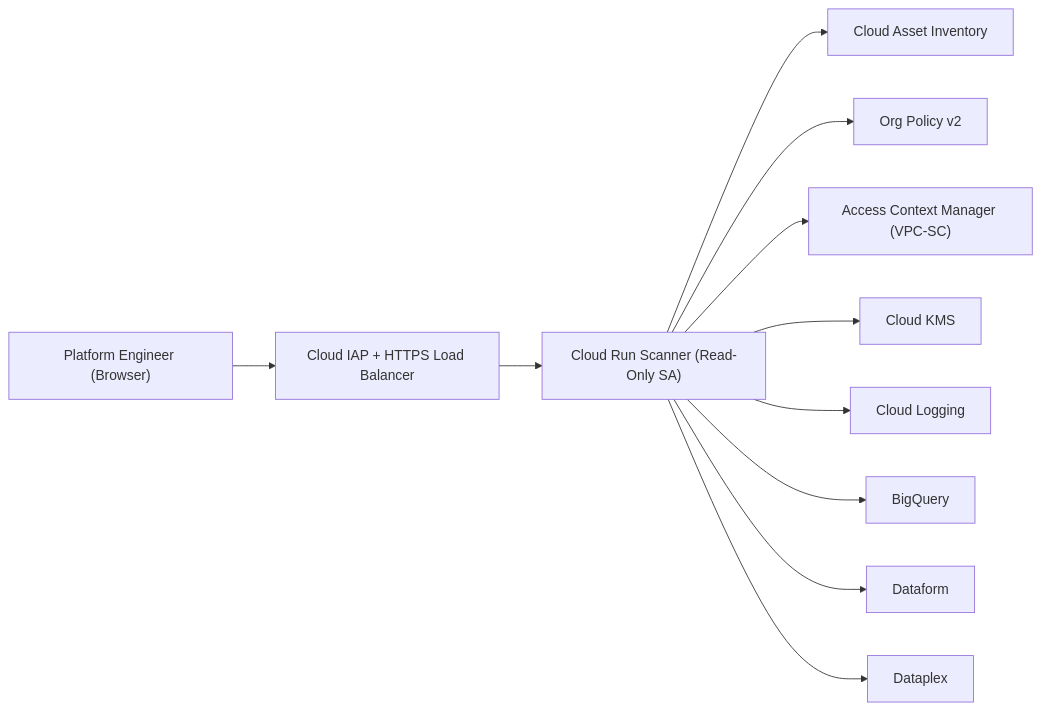
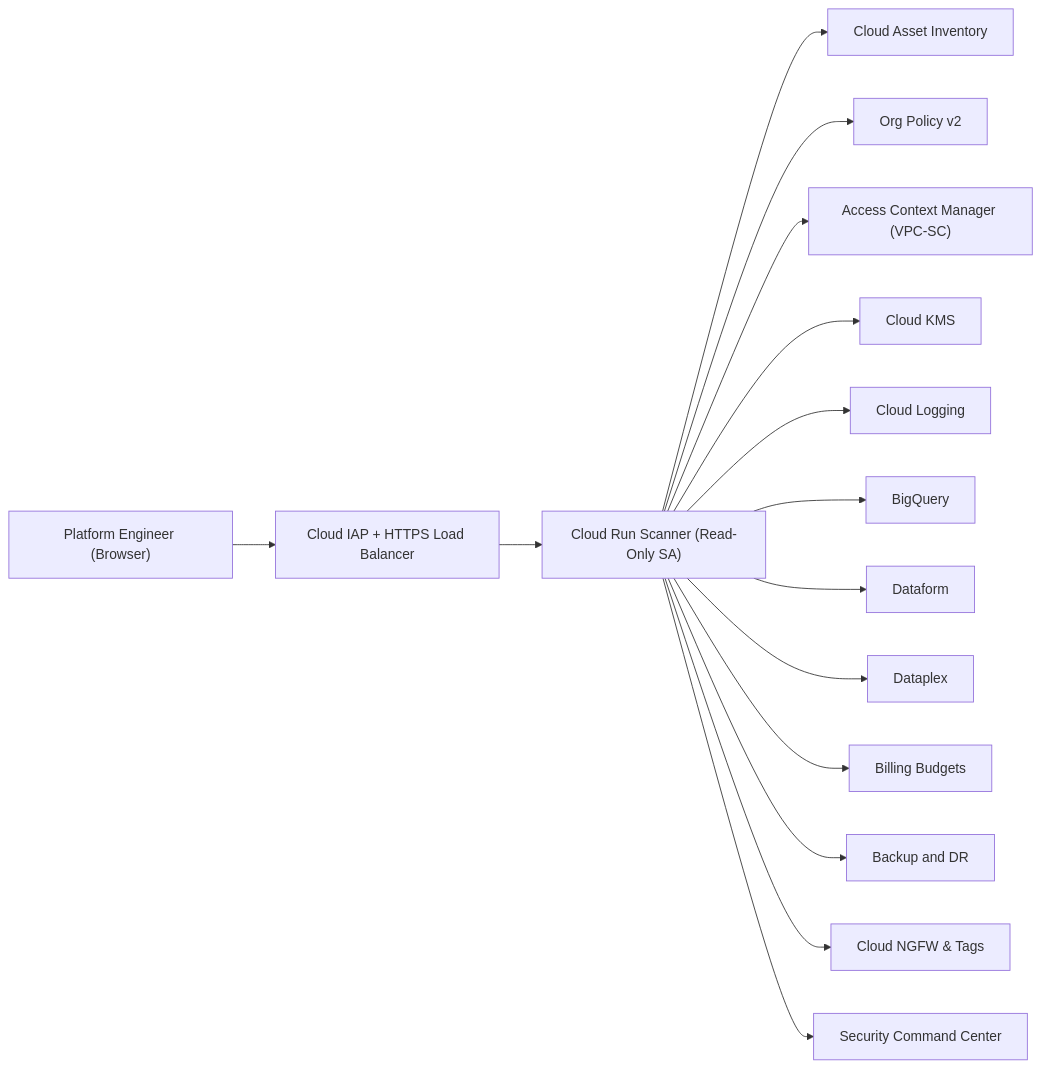
Before and after one commit to choo737/gcp-launchpad: the diagram in docs/03-org-completeness-scanner-design.md, drawn with Mermaid. The commit also changed other lines of this file and 6 other files, not shown here.

Commit message:
feat: add 4-pillar FinOps, Backup/DR, Cloud NGFW, and SCC questionnaires and scanner checks

````diff
--- a/docs/03-org-completeness-scanner-design.md
+++ b/docs/03-org-completeness-scanner-design.md
@@ -15,13 +15,17 @@
 ```mermaid
 flowchart LR
     U["Platform Engineer (Browser)"] --> IAP["Cloud IAP + HTTPS Load Balancer"]
     IAP --> CR["Cloud Run Scanner (Read-Only SA)"]
     CR --> CAI["Cloud Asset Inventory"]
     CR --> OP["Org Policy v2"]
     CR --> ACM["Access Context Manager (VPC-SC)"]
     CR --> KMS["Cloud KMS"]
     CR --> LOG["Cloud Logging"]
     CR --> BQ["BigQuery"]
     CR --> DF["Dataform"]
     CR --> DP["Dataplex"]
+    CR --> BIL["Billing Budgets"]
+    CR --> BDR["Backup and DR"]
+    CR --> NGFW["Cloud NGFW & Tags"]
+    CR --> SCC["Security Command Center"]
 ```
````
